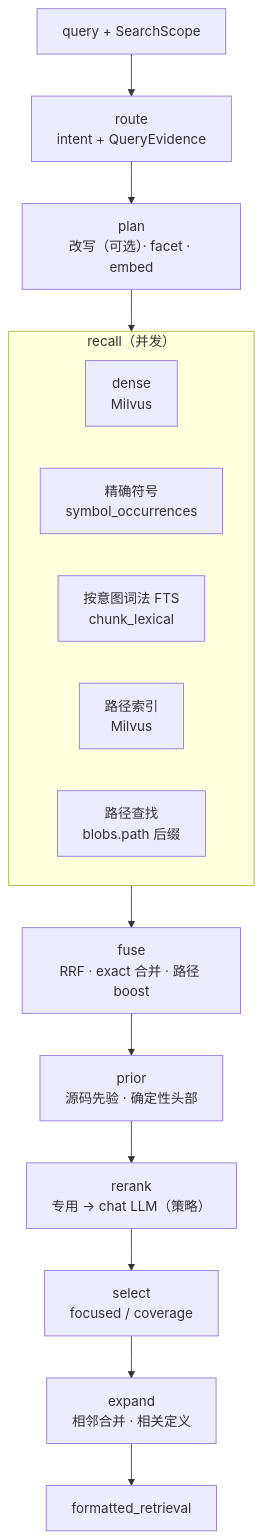
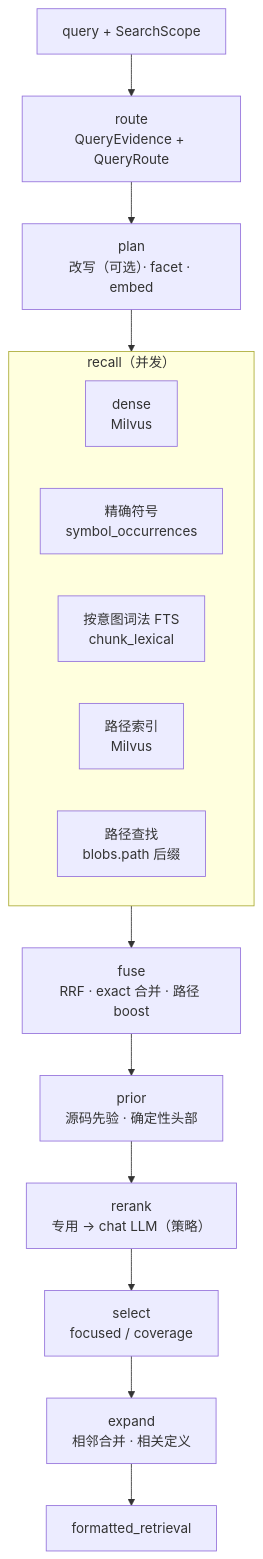
Before and after one commit to JasonEX/oce: the second of 2 diagrams in README.zh-CN.md, drawn with Mermaid. The commit also changed other lines of this file and 40 other files, not shown here.

````diff
--- a/README.zh-CN.md
+++ b/README.zh-CN.md
@@ -459,20 +477,20 @@
 ```mermaid
 flowchart TB
-    Q["query + SearchScope"] --> Route["route<br/>intent + QueryEvidence"]
+    Q["query + SearchScope"] --> Route["route<br/>QueryEvidence + QueryRoute"]
     Route --> Plan["plan<br/>改写（可选）· facet · embed"]
     Plan --> Recall
     subgraph Recall["recall（并发）"]
         direction LR
         Dense["dense<br/>Milvus"]
         Exact["精确符号<br/>symbol_occurrences"]
         Lexical["按意图词法 FTS<br/>chunk_lexical"]
         PathIdx["路径索引<br/>Milvus"]
         PathLookup["路径查找<br/>blobs.path 后缀"]
     end
     Recall --> Fuse["fuse<br/>RRF · exact 合并 · 路径 boost"]
     Fuse --> Prior["prior<br/>源码先验 · 确定性头部"]
     Prior --> Rerank["rerank<br/>专用 → chat LLM（策略）"]
     Rerank --> Select["select<br/>focused / coverage"]
     Select --> Expand["expand<br/>相邻合并 · 相关定义"]
     Expand --> Out["formatted_retrieval"]
 ```
````
